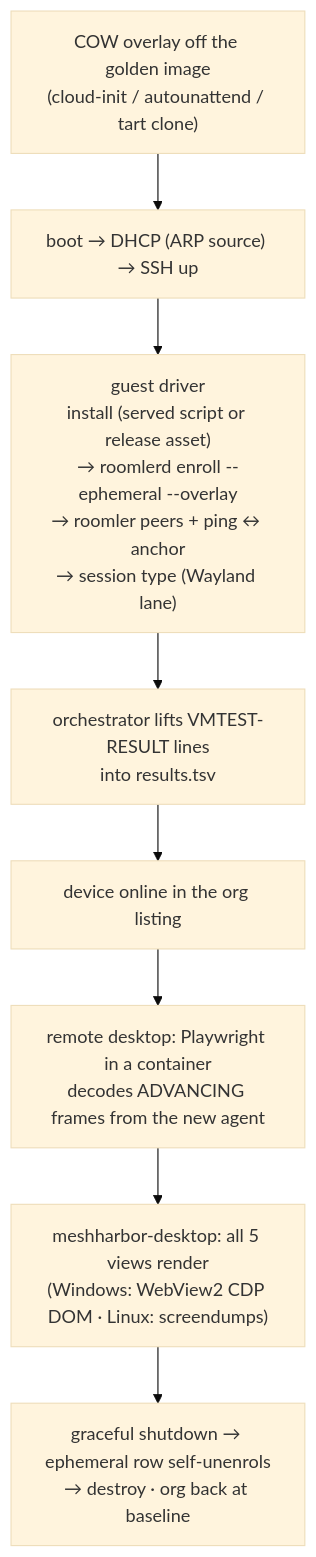
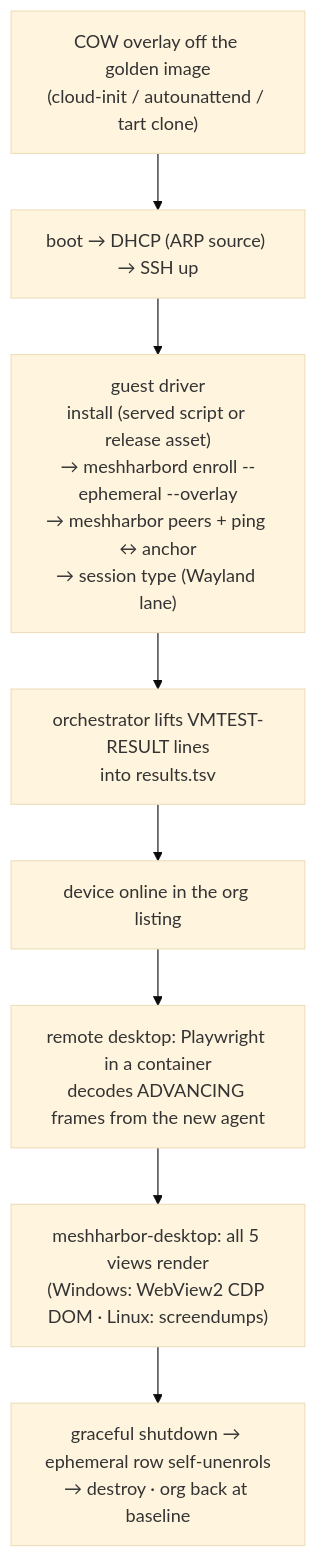
The first of 3 diagrams in docs/vmtest.md (jk-zhang-meta/MeshHarbor), drawn with Mermaid (base theme) before and after one commit. The commit also changed other lines of this file and 682 other files, not shown here.

````diff
--- a/docs/vmtest.md
+++ b/docs/vmtest.md
@@ -24,10 +24,10 @@
 ```mermaid
 flowchart TB
     G["COW overlay off the golden image<br/>(cloud-init / autounattend / tart clone)"] --> B["boot → DHCP (ARP source) → SSH up"]
-    B --> D["guest driver<br/>install (served script or release asset)<br/>→ roomlerd enroll --ephemeral --overlay<br/>→ roomler peers + ping ↔ anchor<br/>→ session type (Wayland lane)"]
+    B --> D["guest driver<br/>install (served script or release asset)<br/>→ meshharbord enroll --ephemeral --overlay<br/>→ meshharbor peers + ping ↔ anchor<br/>→ session type (Wayland lane)"]
     D --> L["orchestrator lifts VMTEST-RESULT lines<br/>into results.tsv"]
     L --> O["device online in the org listing"]
     O --> RD["remote desktop: Playwright in a container<br/>decodes ADVANCING frames from the new agent"]
     RD --> DK["meshharbor-desktop: all 5 views render<br/>(Windows: WebView2 CDP DOM · Linux: screendumps)"]
     DK --> T["graceful shutdown → ephemeral row self-unenrols<br/>→ destroy · org back at baseline"]
 ```
````
